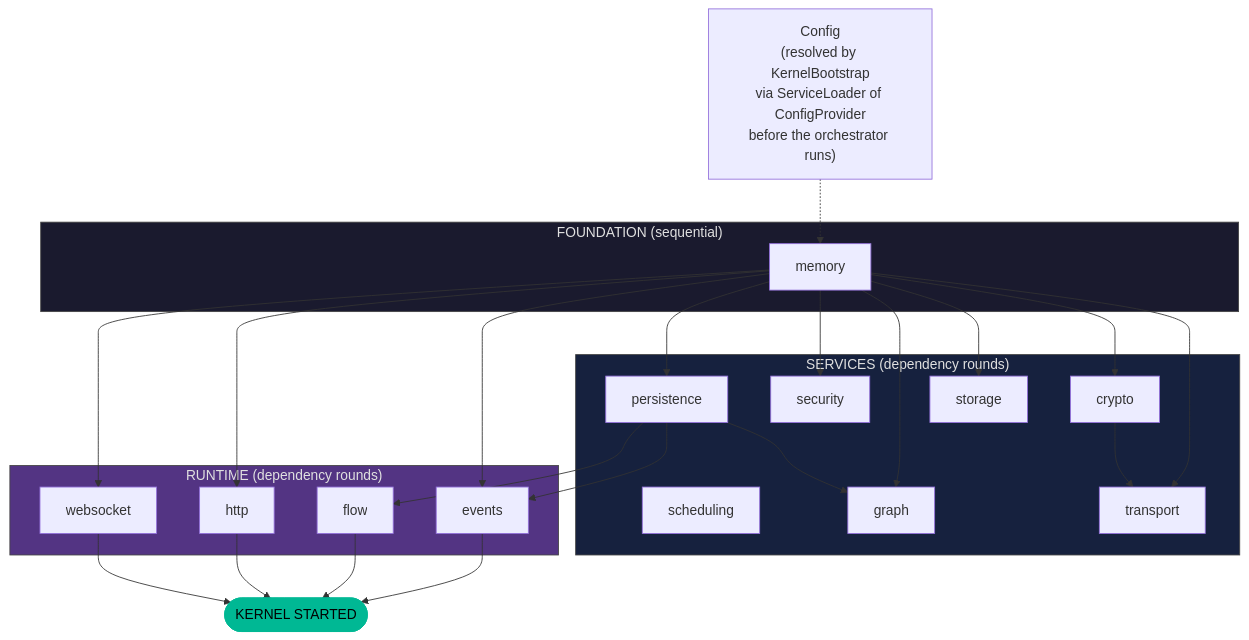
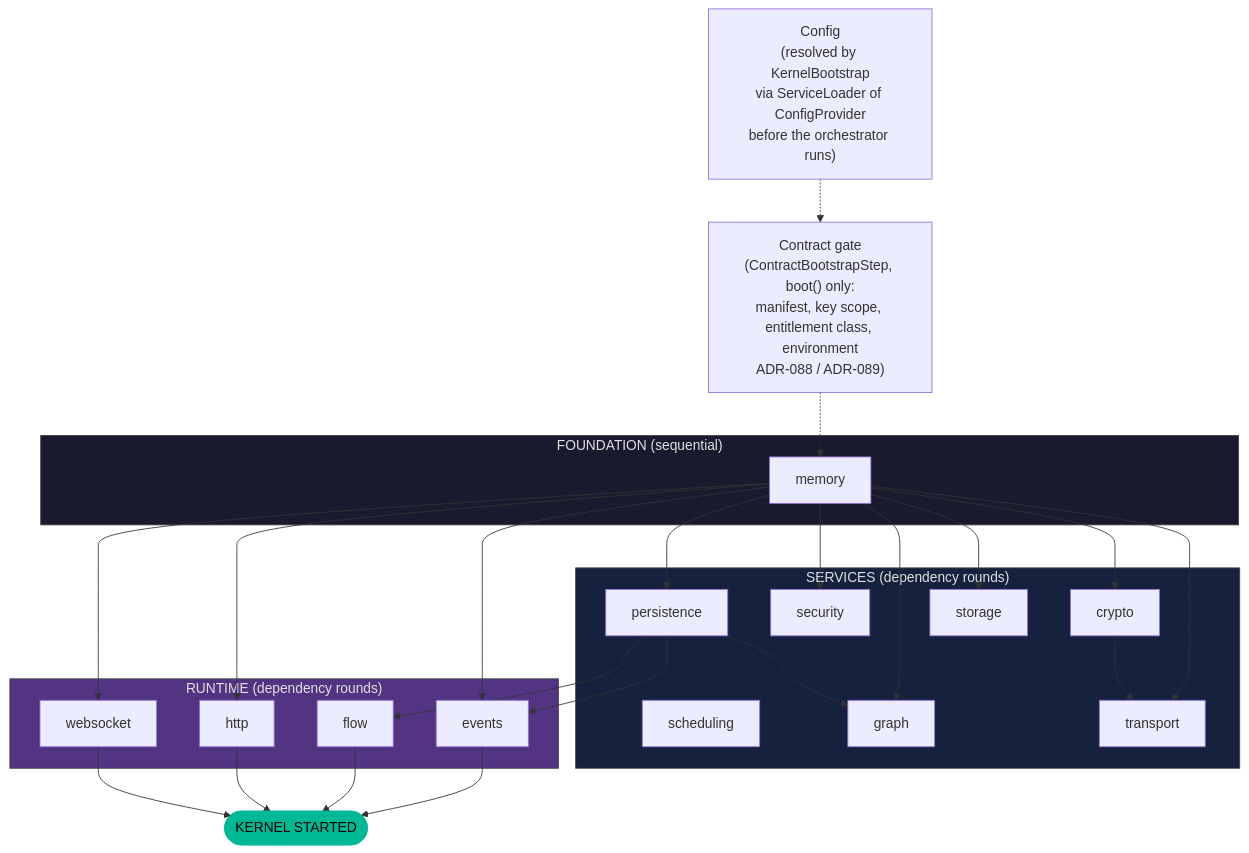
Before and after one commit to exeris-systems/exeris-kernel: the first of 4 diagrams in docs/subsystems/bootstrap.md, drawn with Mermaid. The commit also changed other lines of this file and 678 other files, not shown here.

````diff
--- a/docs/subsystems/bootstrap.md
+++ b/docs/subsystems/bootstrap.md
@@ -87,39 +113,41 @@
 ```mermaid
 flowchart TD
     CFG["Config<br/>(resolved by KernelBootstrap<br/>via ServiceLoader of ConfigProvider<br/>before the orchestrator runs)"]
+    LIC["Contract gate<br/>(ContractBootstrapStep, boot() only:<br/>manifest, key scope, entitlement class, environment<br/>ADR-088 / ADR-089)"]
 
     subgraph FOUNDATION["FOUNDATION (sequential)"]
         MEM[memory]
     end
 
     subgraph SERVICES["SERVICES (dependency rounds)"]
         CRP[crypto]
         SEC[security]
         PER[persistence]
         SCH[scheduling]
         STO[storage]
         GRP[graph]
         TRP[transport]
     end
 
     subgraph RUNTIME["RUNTIME (dependency rounds)"]
         EVT[events]
         FLW[flow]
         HTTP[http]
         WS[websocket]
     end
 
-    CFG -.-> MEM
+    CFG -.-> LIC
+    LIC -.-> MEM
     MEM --> CRP & SEC & PER & STO & GRP & TRP
     CRP --> TRP
     PER --> GRP
     MEM --> EVT & HTTP & WS
     PER --> EVT & FLW
 
     EVT & FLW & HTTP & WS --> RDY([KERNEL STARTED])
 
     style FOUNDATION fill:#1a1a2e,color:#e0e0e0,stroke:#444
     style SERVICES fill:#16213e,color:#e0e0e0,stroke:#444
     style RUNTIME fill:#533483,color:#e0e0e0,stroke:#444
     style RDY fill:#00b894,color:#000,stroke:#00b894
 ```
````
